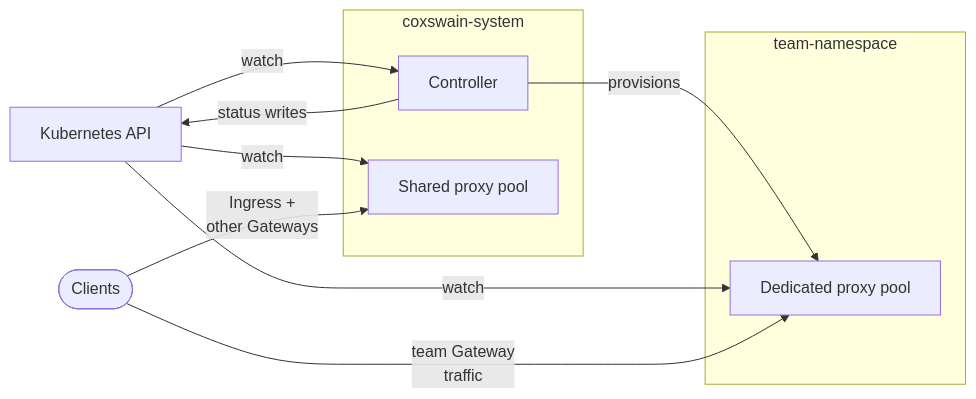
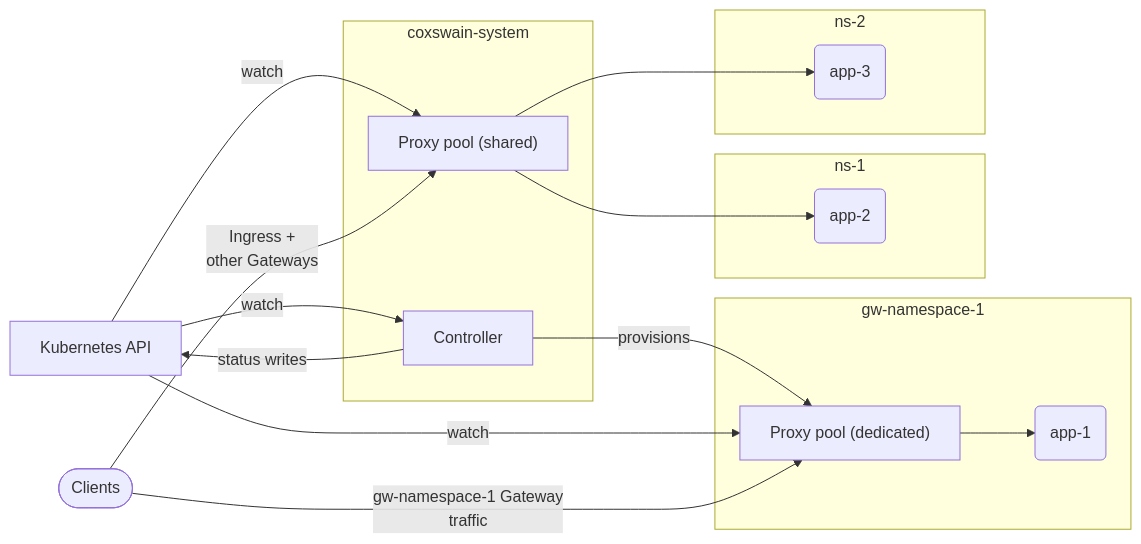
One commit to coxswain-labs/coxswain changed the fourth of 6 diagrams in docs/src/architecture.md. Above: the diagram before and after it, drawn with Mermaid. The commit also changed other lines of this file and 4 other files, not shown here.

````diff
--- a/docs/src/architecture.md
+++ b/docs/src/architecture.md
@@ -102,22 +132,33 @@
 ```mermaid
 flowchart LR
     K8s[Kubernetes API]
 
     subgraph cs[coxswain-system]
         C[Controller]
-        SP[Shared proxy pool]
+        SP["Proxy pool (shared)"]
     end
 
-    subgraph ns[team-namespace]
-        GP[Dedicated proxy pool]
+    subgraph ns[gw-namespace-1]
+        GP["Proxy pool (dedicated)"]
+        A1(app-1)
+    end
+
+    subgraph n1[ns-1]
+        A2(app-2)
+    end
+
+    subgraph n2[ns-2]
+        A3(app-3)
     end
 
     K8s -->|watch| C
     C -->|status writes| K8s
     C -->|provisions| GP
     K8s -->|watch| SP
     K8s -->|watch| GP
 
     Clients([Clients]) -->|Ingress +\nother Gateways| SP
-    Clients -->|team Gateway\ntraffic| GP
+    Clients -->|gw-namespace-1 Gateway\ntraffic| GP
+    SP --> A2 & A3
+    GP --> A1
 ```
````
